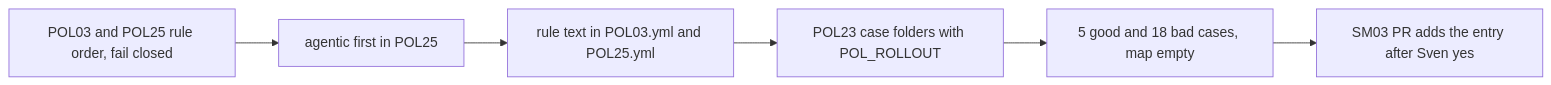
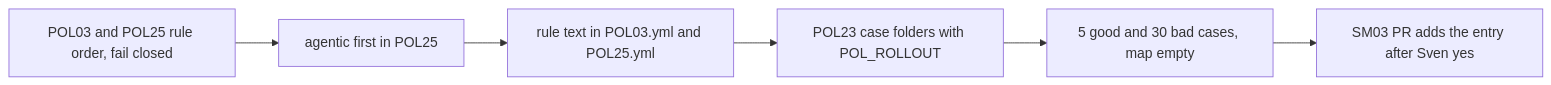
Before and after one commit to svennijhuis/agentic-workflows: the second of 2 diagrams in docs/pbi/smoke/SM05.md, drawn with Mermaid. The commit also changed other lines of this file and 5 other files, not shown here.

````diff
--- a/docs/pbi/smoke/SM05.md
+++ b/docs/pbi/smoke/SM05.md
@@ -120,8 +157,8 @@
 ```mermaid
 flowchart LR
   S1[POL03 and POL25 rule order, fail closed] --> S2[agentic first in POL25]
   S2 --> S3[rule text in POL03.yml and POL25.yml]
   S3 --> S4[POL23 case folders with POL_ROLLOUT]
-  S4 --> S5[5 good and 18 bad cases, map empty]
+  S4 --> S5[5 good and 30 bad cases, map empty]
   S5 --> S6[SM03 PR adds the entry after Sven yes]
 ```
````
